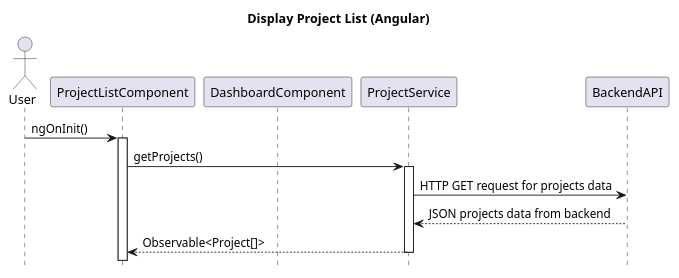
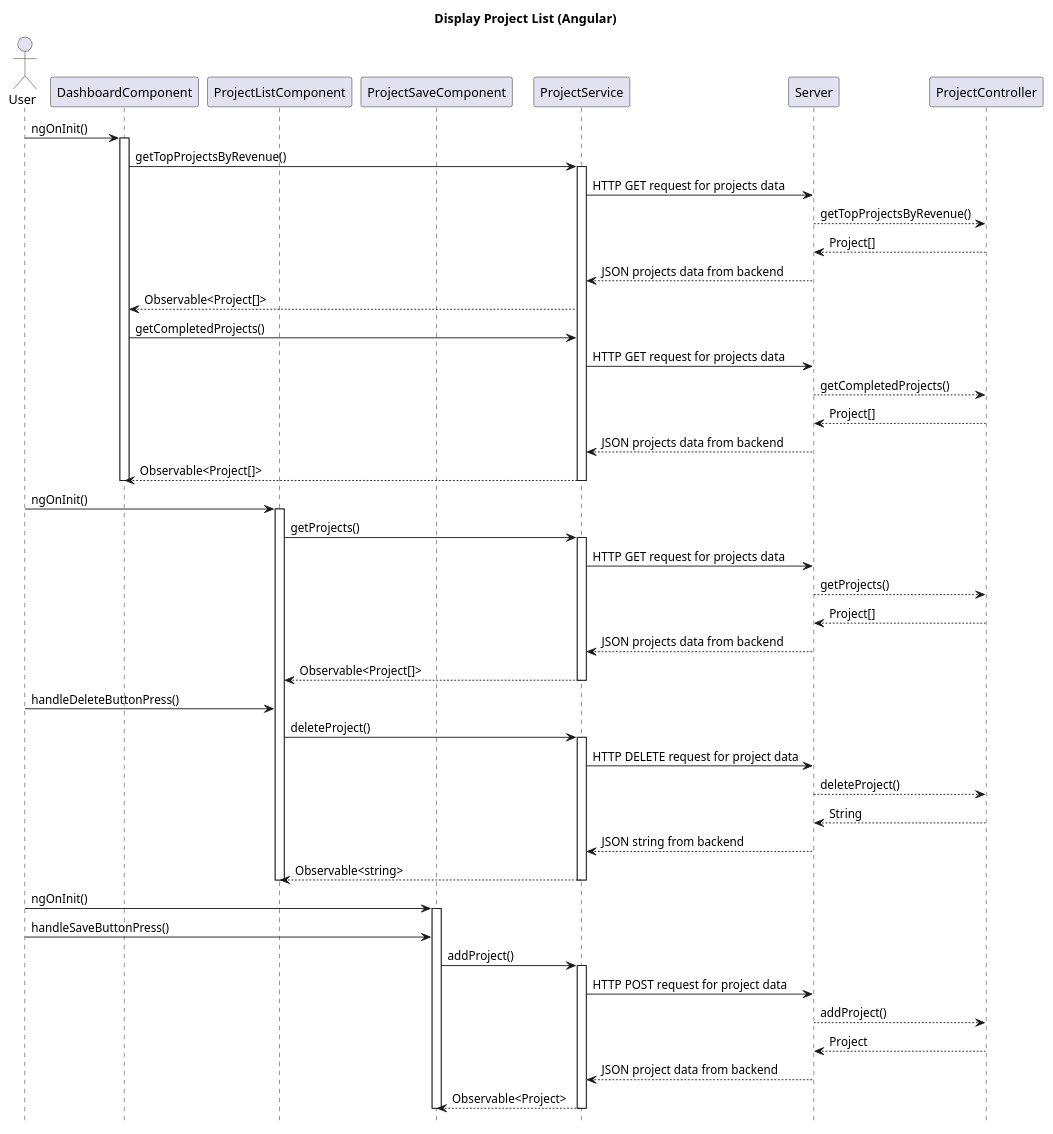
One commit to haturusinghe/project-dashboard-angular changed the first of 4 diagrams in diagrams/updated-diagrams.md. Above: the diagram before and after it, drawn with PlantUML. The commit also changed other lines of this file and 4 other files, not shown here.

````diff
--- a/diagrams/updated-diagrams.md
+++ b/diagrams/updated-diagrams.md
@@ -5,28 +7,81 @@
 ```plantuml
 
 @startuml
 title Display Project List (Angular)
 hide footbox
 
 actor User
+participant DashboardComponent as DC
 
 participant ProjectListComponent as PLC
-participant DashboardComponent as DC
+
+participant ProjectSaveComponent as PSC
+
 participant ProjectService as PS
-participant BackendAPI as BE
+participant Server as BE
+participant ProjectController as PC
+
+User -> DC: ngOnInit()
+activate DC
+DC -> PS: getTopProjectsByRevenue()
+activate PS
+PS -> BE: HTTP GET request for projects data
+BE --> PC: getTopProjectsByRevenue()
+PC --> BE: Project[]
+BE --> PS: JSON projects data from backend
+PS --> DC: Observable<Project[]>
+
+
+DC -> PS: getCompletedProjects()
+PS -> BE: HTTP GET request for projects data
+BE --> PC: getCompletedProjects()
+PC --> BE: Project[]
+BE --> PS: JSON projects data from backend
+PS --> DC: Observable<Project[]>
+deactivate PS
+deactivate DC
 
 
 User -> PLC: ngOnInit()
 activate PLC
 PLC -> PS: getProjects()
 activate PS
 PS -> BE: HTTP GET request for projects data
+BE --> PC: getProjects()
+PC --> BE: Project[]
 BE --> PS: JSON projects data from backend
 PS --> PLC: Observable<Project[]>
 deactivate PS
+
+User -> PLC: handleDeleteButtonPress()
+PLC -> PS: deleteProject()
+activate PS
+PS -> BE: HTTP DELETE request for project data
+BE --> PC: deleteProject()
+PC --> BE: String
+BE --> PS: JSON string from backend
+PS --> PLC: Observable<string>
+deactivate PS
+
+deactivate PLC
+
+User -> PSC: ngOnInit()
+activate PSC
+User -> PSC: handleSaveButtonPress()
+PSC -> PS: addProject()
+activate PS
+PS -> BE: HTTP POST request for project data
+BE --> PC: addProject()
+PC --> BE: Project
+BE --> PS: JSON project data from backend
+PS --> PSC: Observable<Project>
+deactivate PS
+
+deactivate PSC
+
 
 
 
 @enduml
 
 ```
````
